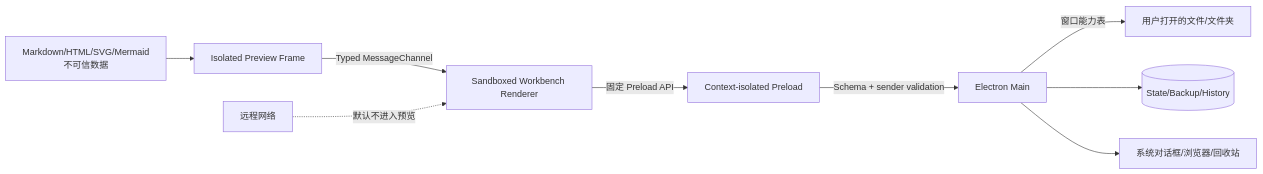
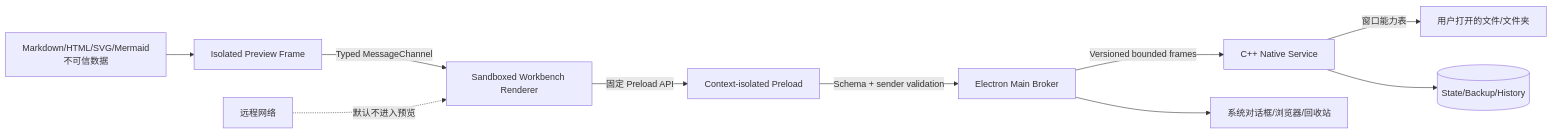
One commit to FormingSystem/linux_note changed the diagram in tools/practice_tool/docs/architecture/engineering/desktop_runtime_security_and_threat_model.md. Above: the diagram before and after it, drawn with Mermaid. The commit also changed other lines of this file and 47 other files, not shown here.

````diff
--- a/tools/practice_tool/docs/architecture/engineering/desktop_runtime_security_and_threat_model.md
+++ b/tools/practice_tool/docs/architecture/engineering/desktop_runtime_security_and_threat_model.md
@@ -28,11 +28,12 @@
 ```mermaid
 flowchart LR
     DOC[Markdown/HTML/SVG/Mermaid<br/>不可信数据] --> V[Isolated Preview Frame]
     V -->|Typed MessageChannel| R[Sandboxed Workbench Renderer]
     R -->|固定 Preload API| P[Context-isolated Preload]
-    P -->|Schema + sender validation| M[Electron Main]
-    M -->|窗口能力表| FS[用户打开的文件/文件夹]
-    M --> APP[(State/Backup/History)]
+    P -->|Schema + sender validation| M[Electron Main Broker]
+    M -->|Versioned bounded frames| N[C++ Native Service]
+    N -->|窗口能力表| FS[用户打开的文件/文件夹]
+    N --> APP[(State/Backup/History)]
     M --> OS[系统对话框/浏览器/回收站]
     NET[远程网络] -.默认不进入预览.-> R
 ```
````
